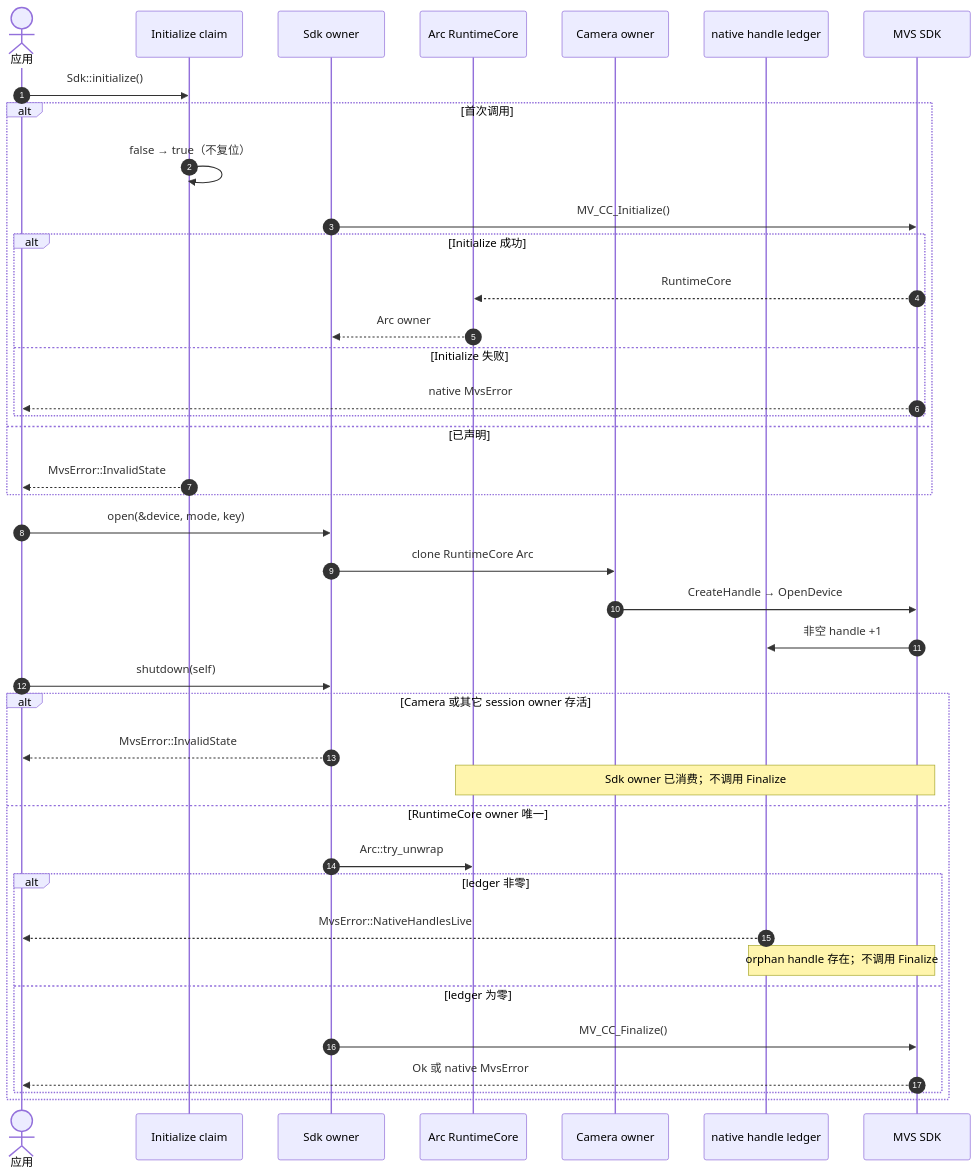
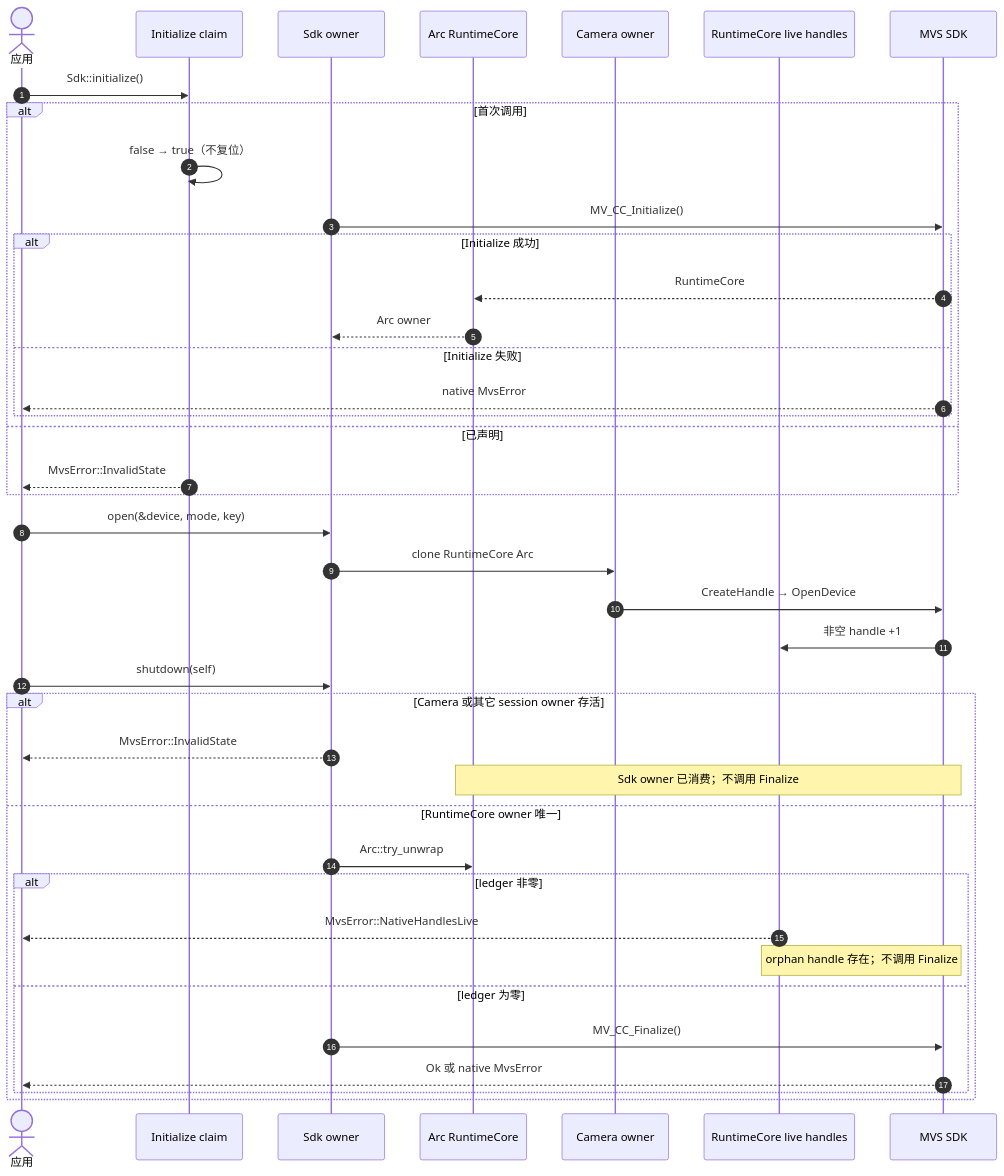
Before and after one commit to JSB-Unscarred/mvs-sdk-rs: the diagram in 时序图/Sdk-shutdown的终态约束.md, drawn with Mermaid. The commit also changed other lines of this file and 16 other files, not shown here.

````diff
--- a/时序图/Sdk-shutdown的终态约束.md
+++ b/时序图/Sdk-shutdown的终态约束.md
@@ -11,45 +11,45 @@
 ```mermaid
 sequenceDiagram
     autonumber
     actor App as 应用
     participant Claim as Initialize claim
     participant Sdk as Sdk owner
     participant Runtime as Arc RuntimeCore
     participant Camera as Camera owner
-    participant Ledger as native handle ledger
+    participant Ledger as RuntimeCore live handles
     participant Native as MVS SDK
 
     App->>Claim: Sdk::initialize()
     alt 首次调用
         Claim->>Claim: false → true（不复位）
         Sdk->>Native: MV_CC_Initialize()
         alt Initialize 成功
             Native-->>Runtime: RuntimeCore
             Runtime-->>Sdk: Arc owner
         else Initialize 失败
             Native-->>App: native MvsError
         end
     else 已声明
         Claim-->>App: MvsError::InvalidState
     end
 
     App->>Sdk: open(&device, mode, key)
     Sdk->>Camera: clone RuntimeCore Arc
     Camera->>Native: CreateHandle → OpenDevice
     Native->>Ledger: 非空 handle +1
 
     App->>Sdk: shutdown(self)
     alt Camera 或其它 session owner 存活
         Sdk-->>App: MvsError::InvalidState
         Note over Runtime,Native: Sdk owner 已消费；不调用 Finalize
     else RuntimeCore owner 唯一
         Sdk->>Runtime: Arc::try_unwrap
         alt ledger 非零
             Ledger-->>App: MvsError::NativeHandlesLive
             Note over Ledger,Native: orphan handle 存在；不调用 Finalize
         else ledger 为零
             Sdk->>Native: MV_CC_Finalize()
             Native-->>App: Ok 或 native MvsError
         end
     end
 ```
````
